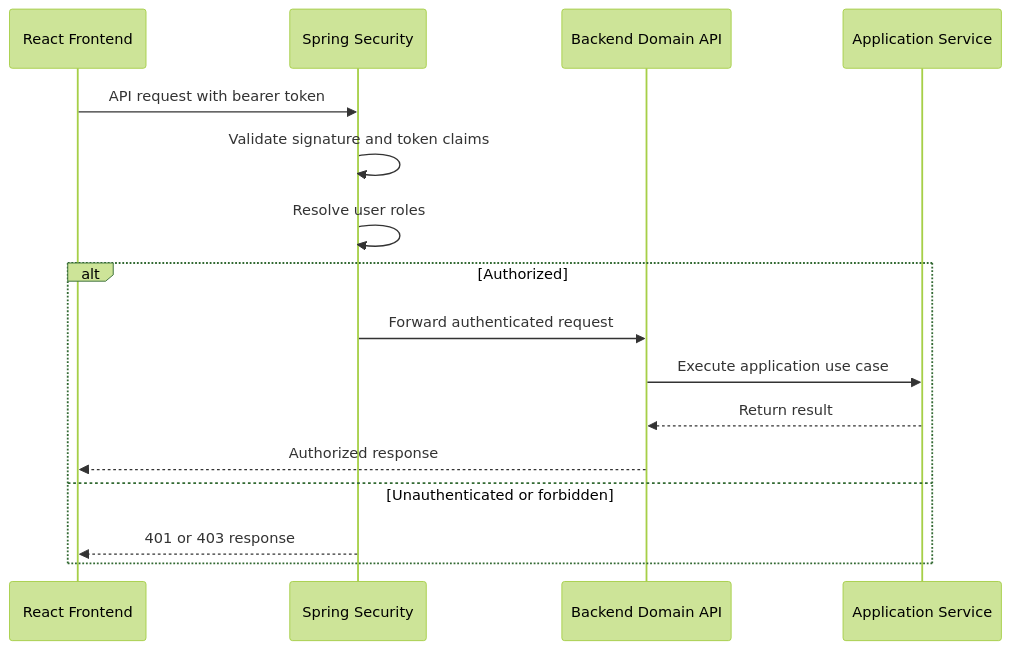
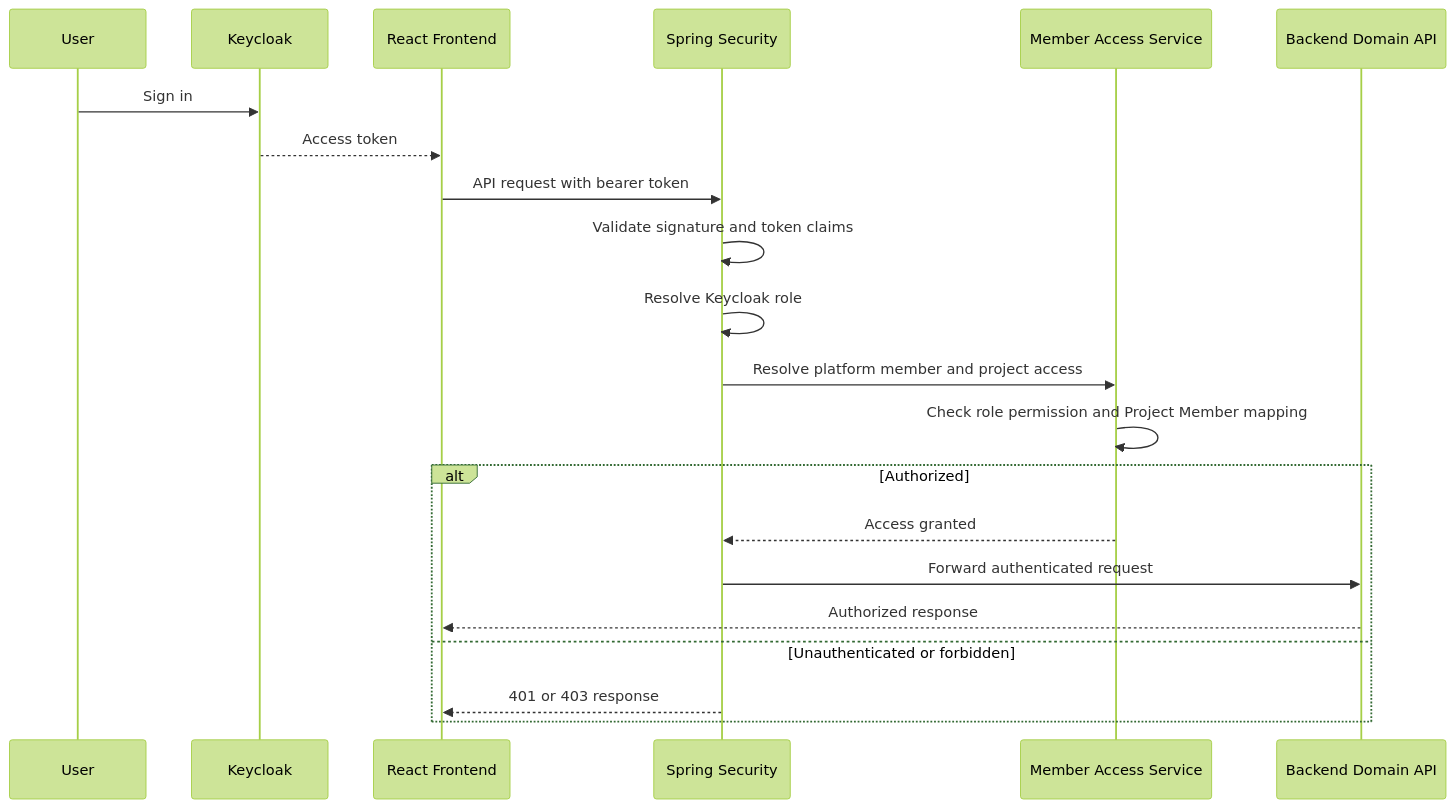
The second of 13 diagrams in project/k8s_cicd_Platform/Backend.md (Tsonrat/software-engineer-journey), drawn with Mermaid (forest theme) before and after one commit. The commit also changed other lines of this file, not shown here.

````diff
--- a/project/k8s_cicd_Platform/Backend.md
+++ b/project/k8s_cicd_Platform/Backend.md
@@ -129,19 +148,24 @@
 ```mermaid
 sequenceDiagram
+    participant U as User
+    participant K as Keycloak
     participant F as React Frontend
     participant S as Spring Security
+    participant M as Member Access Service
     participant C as Backend Domain API
-    participant A as Application Service
 
+    U->>K: Sign in
+    K-->>F: Access token
     F->>S: API request with bearer token
     S->>S: Validate signature and token claims
-    S->>S: Resolve user roles
+    S->>S: Resolve Keycloak role
+    S->>M: Resolve platform member and project access
+    M->>M: Check role permission and Project Member mapping
     alt Authorized
+        M-->>S: Access granted
         S->>C: Forward authenticated request
-        C->>A: Execute application use case
-        A-->>C: Return result
         C-->>F: Authorized response
     else Unauthenticated or forbidden
         S-->>F: 401 or 403 response
     end
 ```
````
